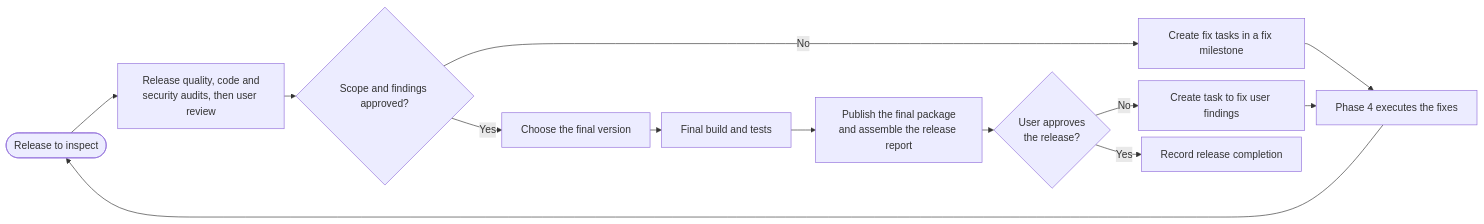
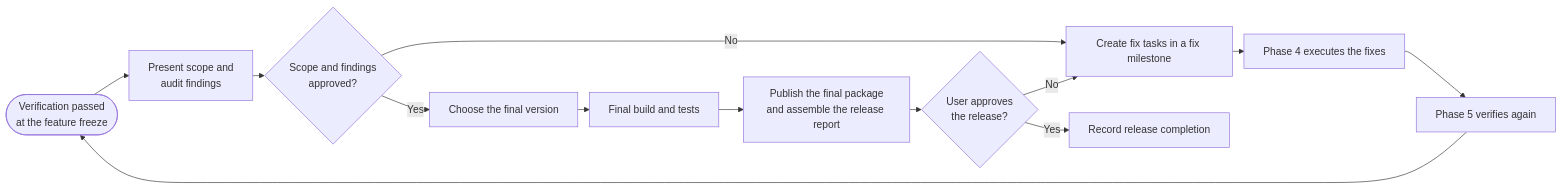
The diagram in workflows/orchestrator/6-Release.md (lyndametref/opencode-dev-workflow), drawn with Mermaid before and after one commit. The commit also changed other lines of this file and 6 other files, not shown here.

Commit message:
shift verification after feature freeze

````diff
--- a/workflows/orchestrator/6-Release.md
+++ b/workflows/orchestrator/6-Release.md
@@ -29,16 +29,16 @@
 ```mermaid
 %%{init: {"flowchart": {"nodeSpacing": 10, "rankSpacing": 18}}}%%
 flowchart LR
-    IN([Release to inspect]) --> SEC["Release quality, code and<br/>security audits, then user review"]
-    SEC --> OK{"Scope and findings approved?"}
+    IN([Verification passed<br/>at the feature freeze]) --> GATE["Present scope and<br/>audit findings"]
+    GATE --> OK{"Scope and findings<br/>approved?"}
     OK -->|"No"| FIX["Create fix tasks in a fix milestone"]
     OK -->|"Yes"| VERSION["Choose the final version"]
     VERSION --> BUILD["Final build and tests"]
-    FIX --> IMPL["Phase 4 executes the fixes"]
-    IMPL --> IN
     BUILD --> PKG["Publish the final package<br/>and assemble the release report"]
     PKG --> APPROVE{"User approves<br/>the release?"}
-    APPROVE -->|"No"| RETURN["Create task to fix user findings"]
-    RETURN --> IMPL
+    APPROVE -->|"No"| FIX
+    FIX --> IMPL["Phase 4 executes the fixes"]
+    IMPL --> VER["Phase 5 verifies again"]
+    VER --> IN
     APPROVE -->|"Yes"| CLOSE["Record release completion"]
 ```
````
